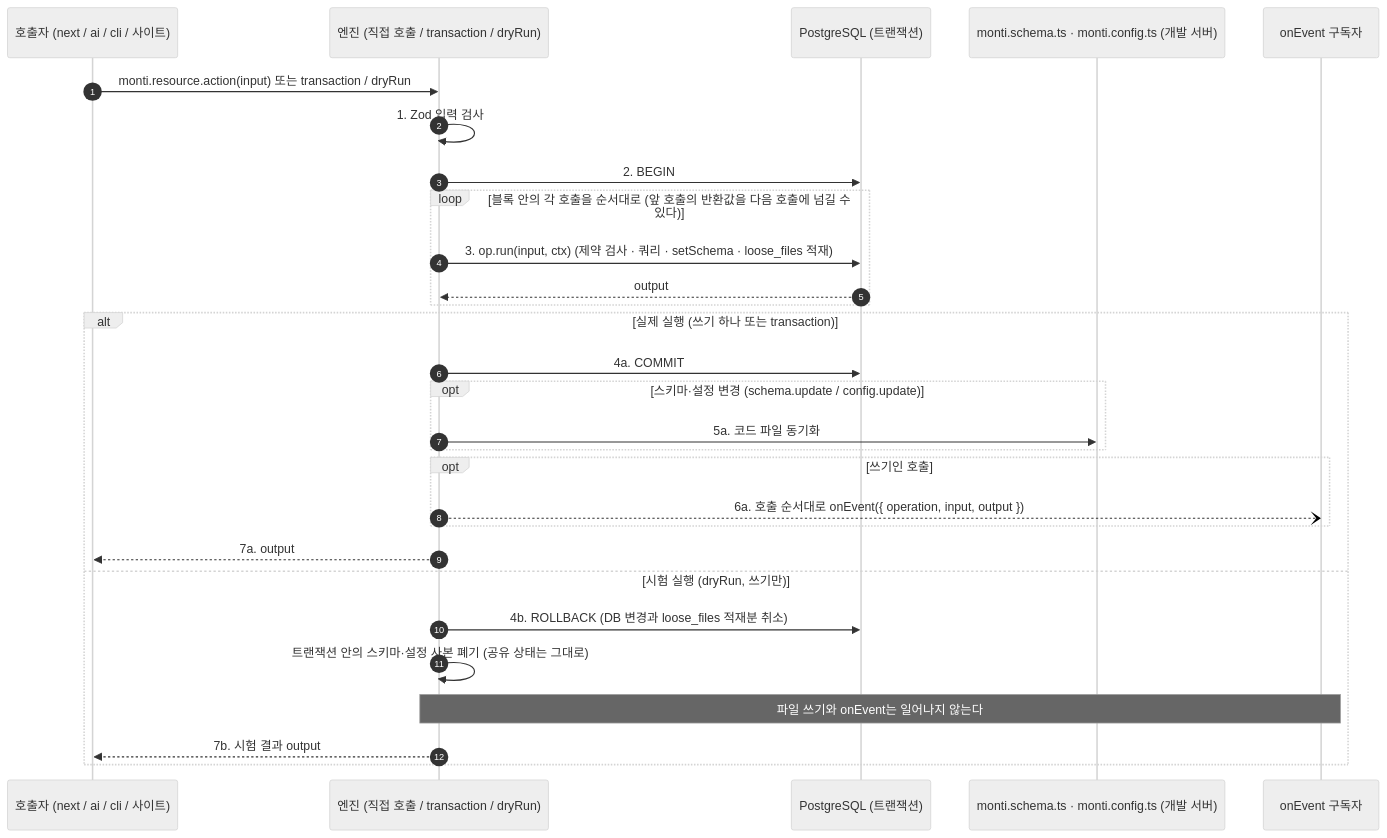
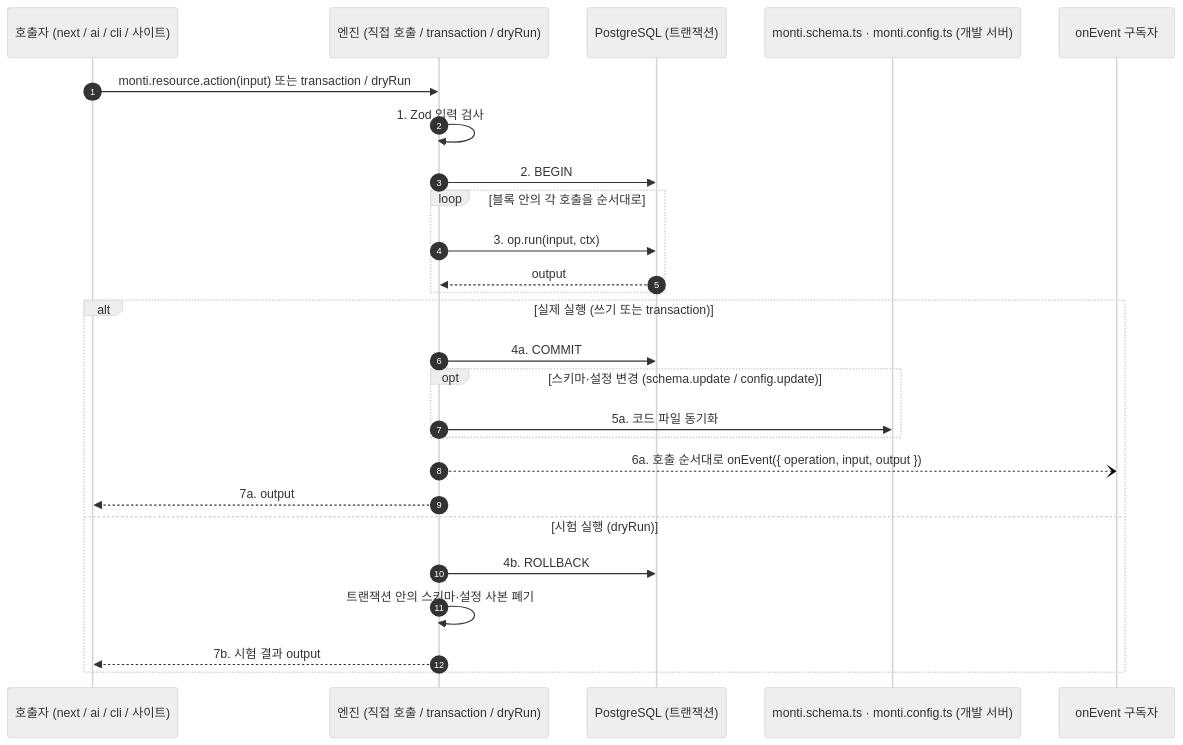
Before and after one commit to monti-cms/monti: the first of 2 diagrams in docs/refactor/core.md, drawn with Mermaid (neutral theme). The commit also changed other lines of this file and 13 other files, not shown here.

````diff
--- a/docs/refactor/core.md
+++ b/docs/refactor/core.md
@@ -52,33 +50,30 @@
 ```mermaid
 sequenceDiagram
   autonumber
   participant Caller as 호출자 (next / ai / cli / 사이트)
   participant Engine as 엔진 (직접 호출 / transaction / dryRun)
   participant DB as PostgreSQL (트랜잭션)
   participant FS as monti.schema.ts · monti.config.ts (개발 서버)
   participant Subscribers as onEvent 구독자
 
   Caller->>Engine: monti.resource.action(input) 또는 transaction / dryRun
   Engine->>Engine: 1. Zod 입력 검사
   Engine->>DB: 2. BEGIN
-  loop 블록 안의 각 호출을 순서대로 (앞 호출의 반환값을 다음 호출에 넘길 수 있다)
-    Engine->>DB: 3. op.run(input, ctx) (제약 검사 · 쿼리 · setSchema · loose_files 적재)
+  loop 블록 안의 각 호출을 순서대로
+    Engine->>DB: 3. op.run(input, ctx)
     DB-->>Engine: output
   end
 
-  alt 실제 실행 (쓰기 하나 또는 transaction)
+  alt 실제 실행 (쓰기 또는 transaction)
     Engine->>DB: 4a. COMMIT
     opt 스키마·설정 변경 (schema.update / config.update)
       Engine->>FS: 5a. 코드 파일 동기화
     end
-    opt 쓰기인 호출
-      Engine--)Subscribers: 6a. 호출 순서대로 onEvent({ operation, input, output })
-    end
+    Engine--)Subscribers: 6a. 호출 순서대로 onEvent({ operation, input, output })
     Engine-->>Caller: 7a. output
-  else 시험 실행 (dryRun, 쓰기만)
-    Engine->>DB: 4b. ROLLBACK (DB 변경과 loose_files 적재분 취소)
-    Engine->>Engine: 트랜잭션 안의 스키마·설정 사본 폐기 (공유 상태는 그대로)
-    Note over Engine,Subscribers: 파일 쓰기와 onEvent는 일어나지 않는다
+  else 시험 실행 (dryRun)
+    Engine->>DB: 4b. ROLLBACK
+    Engine->>Engine: 트랜잭션 안의 스키마·설정 사본 폐기
     Engine-->>Caller: 7b. 시험 결과 output
   end
 ```
````
